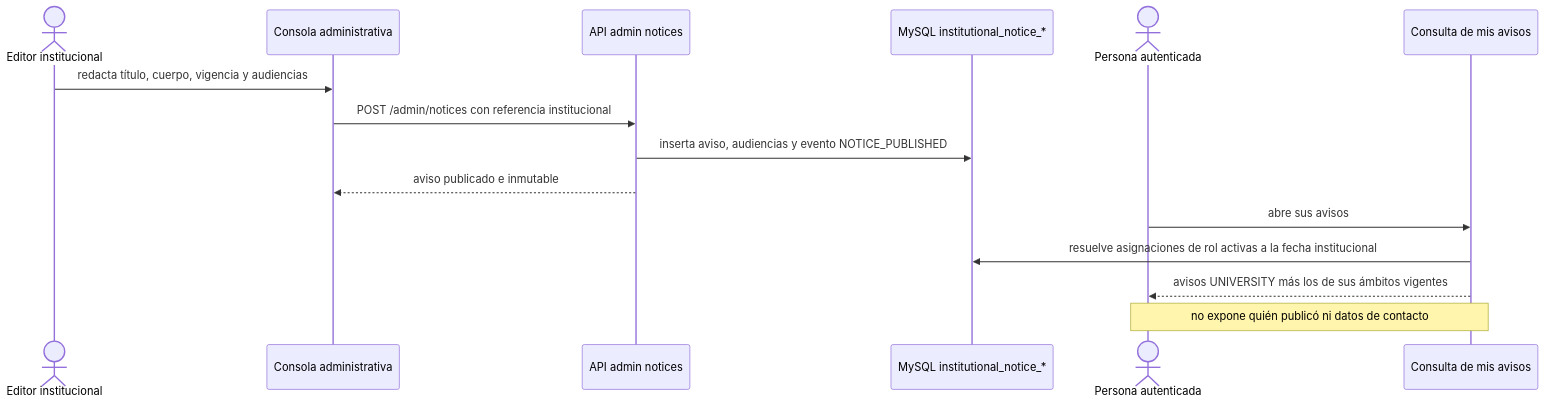
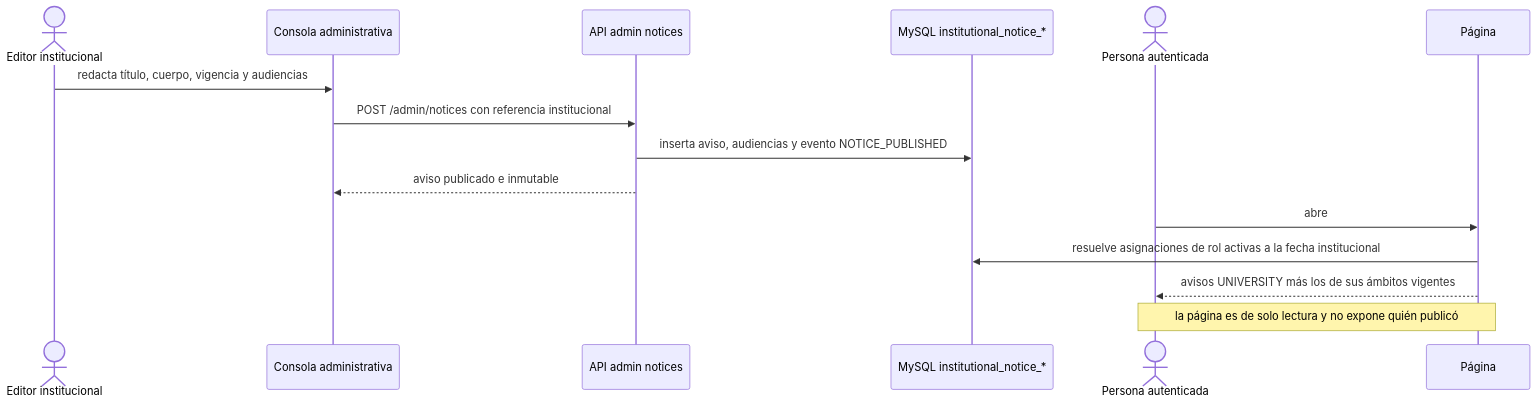
Diagram 36 of 36 in docs/architecture/process-flows.md (jdsalasca/open-university-backend), drawn with Mermaid before and after one commit. The commit also changed other lines of this file and 1 other file, not shown here.

Commit message:
docs: record the notices reader page in the roadmap and flow

````diff
--- a/docs/architecture/process-flows.md
+++ b/docs/architecture/process-flows.md
@@ -1437,19 +1437,19 @@
 ```mermaid
 sequenceDiagram
   actor Editor as Editor institucional
   participant Console as Consola administrativa
   participant API as API admin notices
   participant DB as MySQL institutional_notice_*
   actor Person as Persona autenticada
-  participant Mine as Consulta de mis avisos
+  participant Mine as Página #avisos
 
   Editor->>Console: redacta título, cuerpo, vigencia y audiencias
   Console->>API: POST /admin/notices con referencia institucional
   API->>DB: inserta aviso, audiencias y evento NOTICE_PUBLISHED
   API-->>Console: aviso publicado e inmutable
 
-  Person->>Mine: abre sus avisos
+  Person->>Mine: abre #avisos
   Mine->>DB: resuelve asignaciones de rol activas a la fecha institucional
   Mine-->>Person: avisos UNIVERSITY más los de sus ámbitos vigentes
-  Note over Mine,Person: no expone quién publicó ni datos de contacto
+  Note over Mine,Person: la página es de solo lectura y no expone quién publicó
 ```
````
